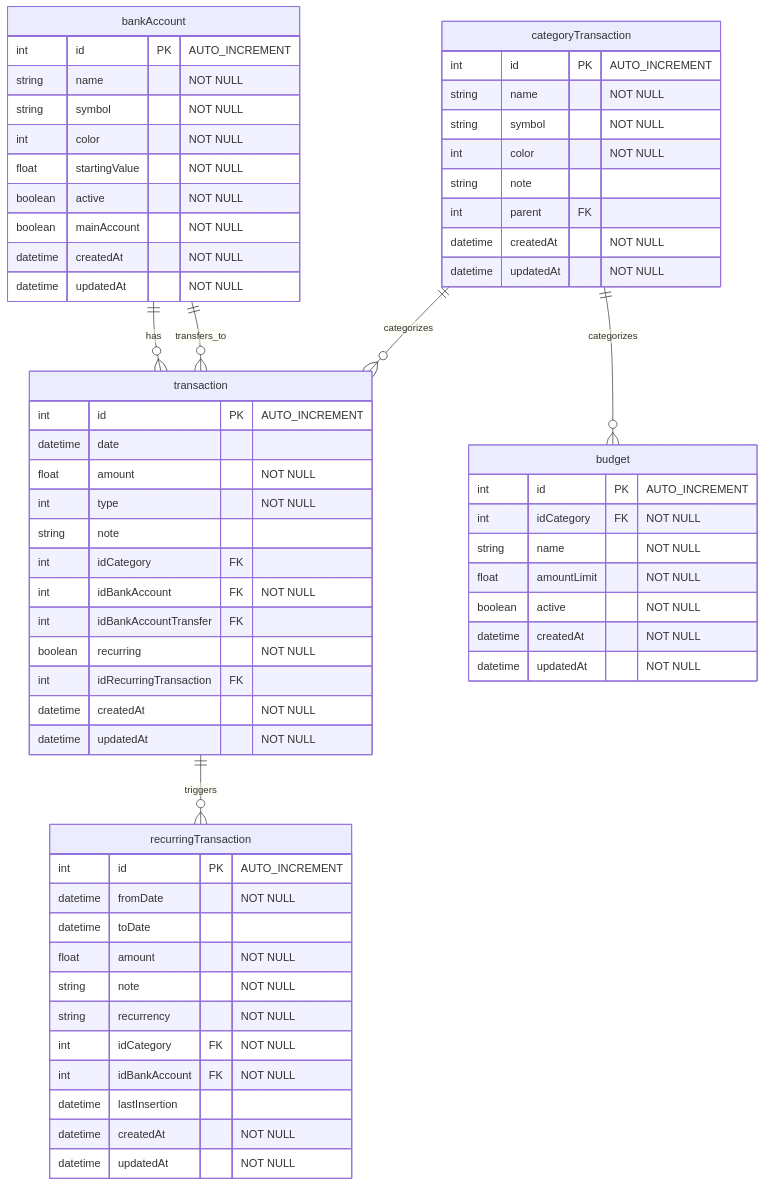
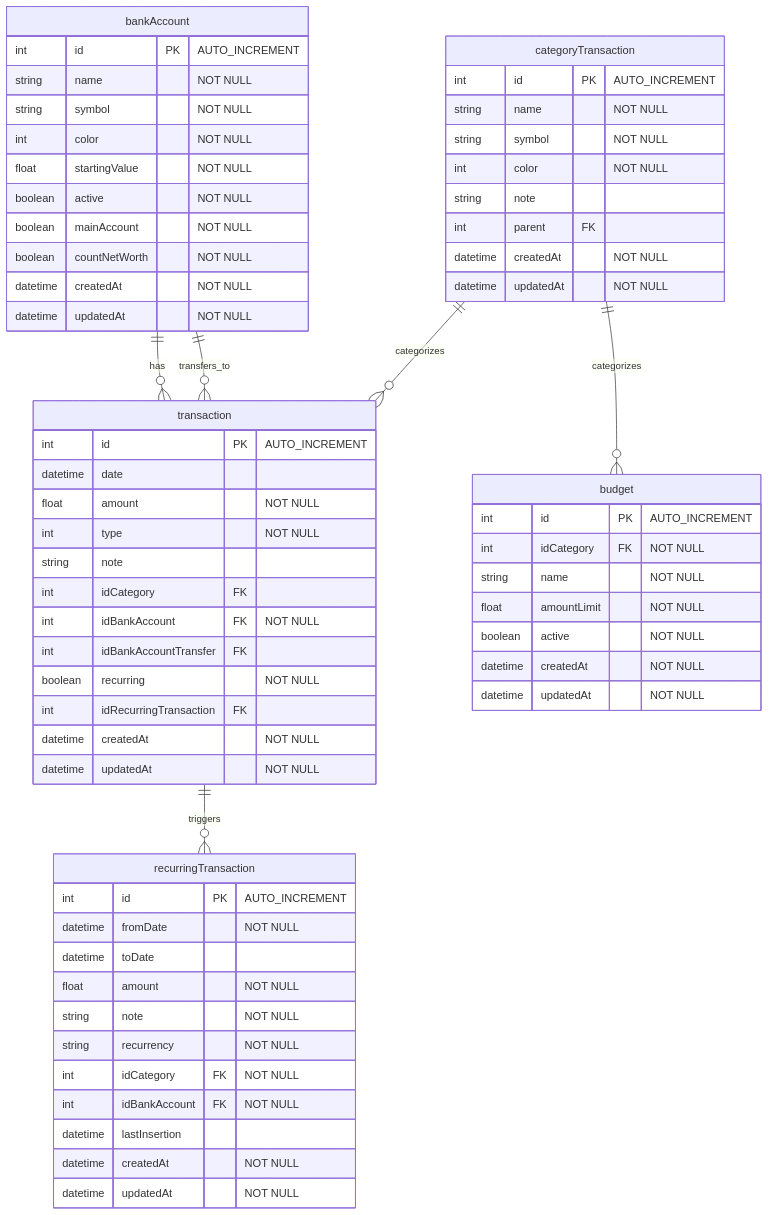
One commit to RIP-Comm/sossoldi changed the first of 2 diagrams in docs/database/database-diagram.md. Above: the diagram before and after it, drawn with Mermaid. The commit also changed 1 other file, not shown here.

Commit message:
Update bankAccount table documentation

````diff
--- a/docs/database/database-diagram.md
+++ b/docs/database/database-diagram.md
@@ -8,71 +8,72 @@
 ```mermaid
 erDiagram
     bankAccount ||--o{ transaction : has
     bankAccount ||--o{ transaction : transfers_to
     categoryTransaction ||--o{ transaction : categorizes
     transaction ||--o{ recurringTransaction : triggers
     categoryTransaction ||--o{ budget : categorizes
 
     bankAccount {
         int id PK "AUTO_INCREMENT"
         string name "NOT NULL"
         string symbol "NOT NULL"
         int color "NOT NULL"
         float startingValue "NOT NULL"
         boolean active "NOT NULL"
         boolean mainAccount "NOT NULL"
+        boolean countNetWorth "NOT NULL"
         datetime createdAt "NOT NULL"
         datetime updatedAt "NOT NULL"
     }
 
     transaction {
         int id PK "AUTO_INCREMENT"
         datetime date
         float amount "NOT NULL"
         int type "NOT NULL"
         string note
         int idCategory FK
         int idBankAccount FK "NOT NULL"
         int idBankAccountTransfer FK
         boolean recurring "NOT NULL"
         int idRecurringTransaction FK
         datetime createdAt "NOT NULL"
         datetime updatedAt "NOT NULL"
     }
 
     recurringTransaction {
         int id PK "AUTO_INCREMENT"
         datetime fromDate "NOT NULL"
         datetime toDate
         float amount "NOT NULL"
         string note "NOT NULL"
         string recurrency "NOT NULL"
         int idCategory FK "NOT NULL"
         int idBankAccount FK "NOT NULL"
         datetime lastInsertion
         datetime createdAt "NOT NULL"
         datetime updatedAt "NOT NULL"
     }
 
     categoryTransaction {
         int id PK "AUTO_INCREMENT"
         string name "NOT NULL"
         string symbol "NOT NULL"
         int color "NOT NULL"
         string note
         int parent FK
         datetime createdAt "NOT NULL"
         datetime updatedAt "NOT NULL"
     }
 
     budget {
         int id PK "AUTO_INCREMENT"
         int idCategory FK "NOT NULL"
         string name "NOT NULL"
         float amountLimit "NOT NULL"
         boolean active "NOT NULL"
         datetime createdAt "NOT NULL"
         datetime updatedAt "NOT NULL"
     }
 
 ```
````
